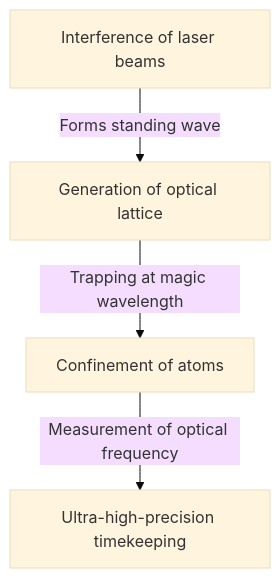
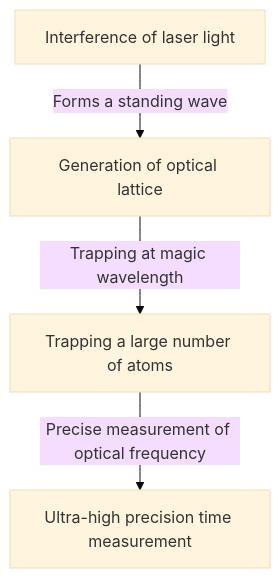
The third of 3 diagrams in content/post/history-of-timekeeping-technology/index.en.md (kenjinote/blog), drawn with Mermaid (base theme) before and after one commit. The commit also changed other lines of this file and 129 other files, not shown here.

````diff
--- a/content/post/history-of-timekeeping-technology/index.en.md
+++ b/content/post/history-of-timekeeping-technology/index.en.md
@@ -67,6 +85,6 @@
 ```mermaid
 graph TD
-    A["Interference of laser beams"] -- "Forms standing wave" --> B["Generation of optical lattice"]
-    B -- "Trapping at magic wavelength" --> C["Confinement of atoms"]
-    C -- "Measurement of optical frequency" --> D["Ultra-high-precision timekeeping"]
+    A["Interference of laser light"] -- "Forms a standing wave" --> B["Generation of optical lattice"]
+    B -- "Trapping at magic wavelength" --> C["Trapping a large number of atoms"]
+    C -- "Precise measurement of optical frequency" --> D["Ultra-high precision time measurement"]
 ```
````
